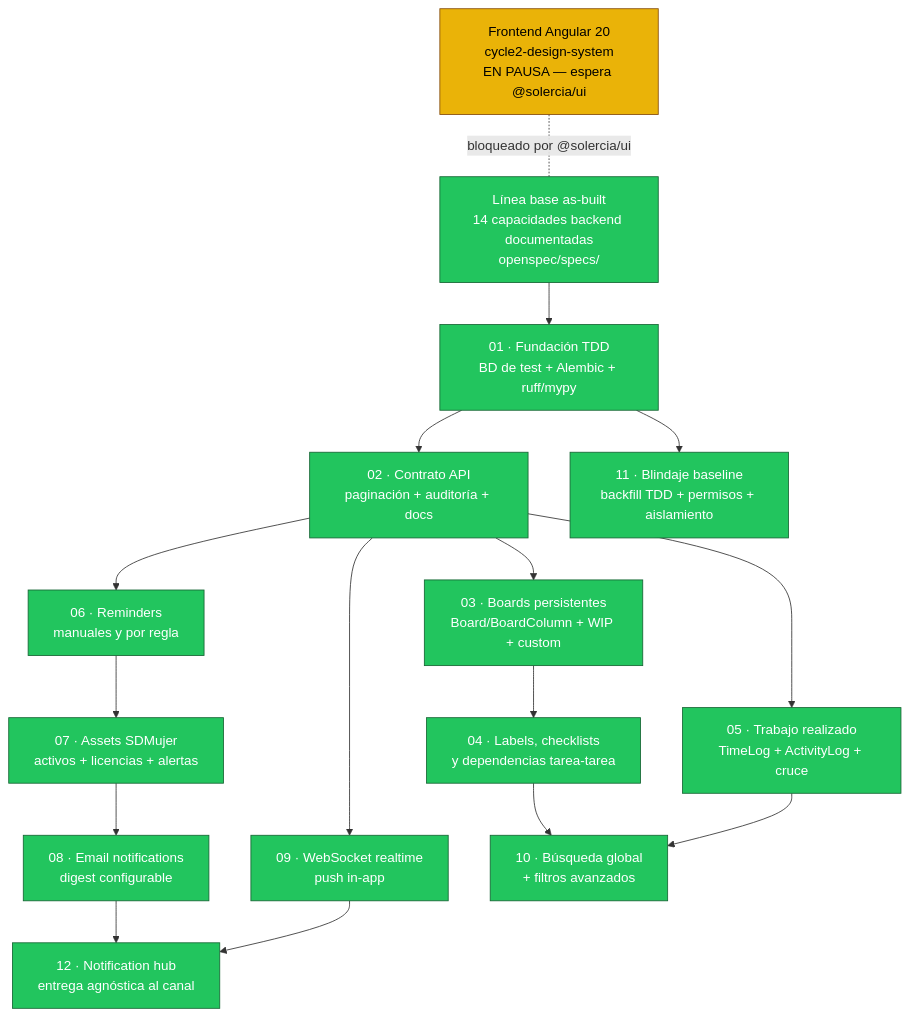
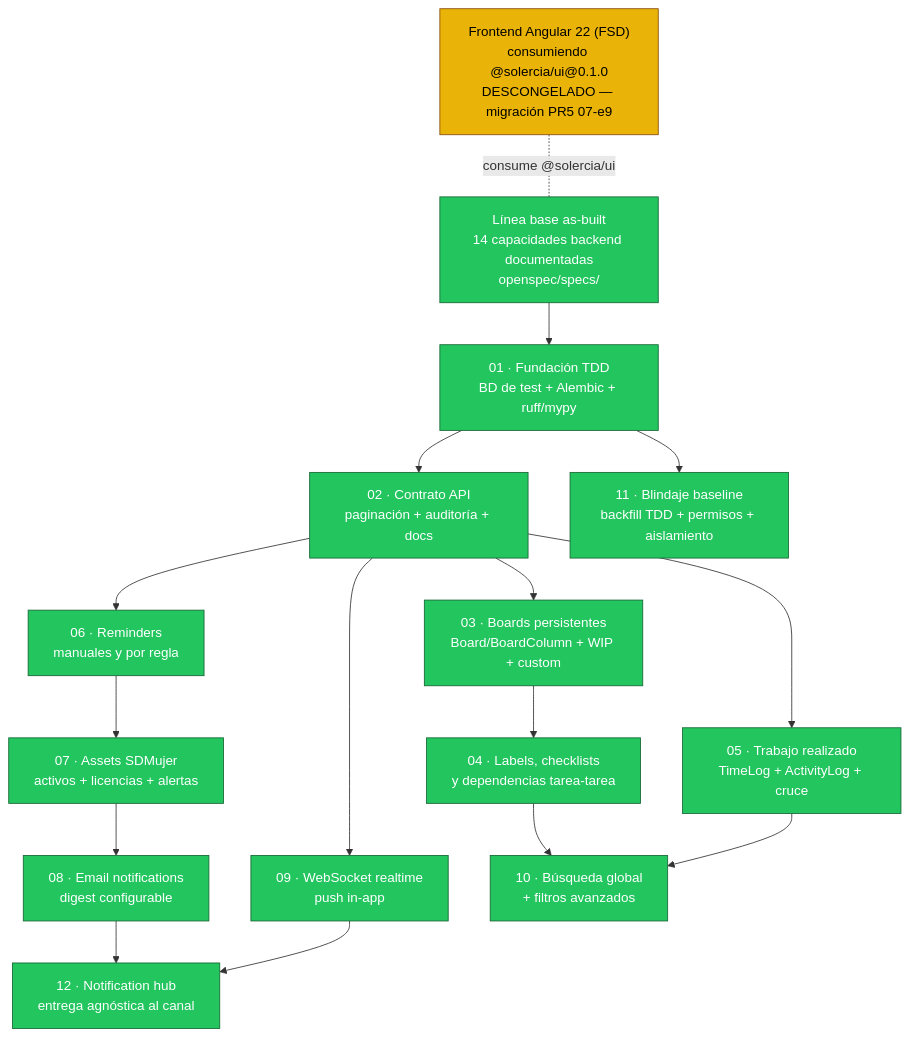
Before and after one commit to solercia-solutions/solercia-command: the diagram in openspec/AVANCE.md, drawn with Mermaid. The commit also changed other lines of this file and 3 other files, not shown here.

````diff
--- a/openspec/AVANCE.md
+++ b/openspec/AVANCE.md
@@ -9,52 +9,52 @@
 ```mermaid
 flowchart TD
     B0["Línea base as-built<br/>14 capacidades backend documentadas<br/>openspec/specs/"]
 
     C01["01 · Fundación TDD<br/>BD de test + Alembic + ruff/mypy"]
     C02["02 · Contrato API<br/>paginación + auditoría + docs"]
     C03["03 · Boards persistentes<br/>Board/BoardColumn + WIP + custom"]
     C04["04 · Labels, checklists<br/>y dependencias tarea-tarea"]
     C05["05 · Trabajo realizado<br/>TimeLog + ActivityLog + cruce"]
     C11["11 · Blindaje baseline<br/>backfill TDD + permisos + aislamiento"]
     C06["06 · Reminders<br/>manuales y por regla"]
     C07["07 · Assets SDMujer<br/>activos + licencias + alertas"]
     C08["08 · Email notifications<br/>digest configurable"]
     C09["09 · WebSocket realtime<br/>push in-app"]
     C10["10 · Búsqueda global<br/>+ filtros avanzados"]
     C12["12 · Notification hub<br/>entrega agnóstica al canal"]
 
-    FE["Frontend Angular 20<br/>cycle2-design-system<br/>EN PAUSA — espera @solercia/ui"]
+    FE["Frontend Angular 22 (FSD)<br/>consumiendo @solercia/ui@0.1.0<br/>DESCONGELADO — migración PR5 07-e9"]
 
     B0 --> C01
     C01 --> C02
     C01 --> C11
     C02 --> C03 --> C04
     C02 --> C05
     C02 --> C06 --> C07 --> C08
     C02 --> C09
     C04 --> C10
     C05 --> C10
     C08 --> C12
     C09 --> C12
 
-    FE -.bloqueado por @solercia/ui.- B0
+    FE -.consume @solercia/ui.- B0
 
     class B0 done
     class C01 done
     class C02 done
     class C03 done
     class C04 done
     class C05 done
     class C06 done
     class C07 done
     class C08 done
     class C09 done
     class C10 done
     class C11 done
     class C12 done
     class FE inprogress
 
     classDef done fill:#22c55e,stroke:#166534,color:#ffffff
     classDef inprogress fill:#eab308,stroke:#854d0e,color:#000000
     classDef pending fill:#9ca3af,stroke:#4b5563,color:#ffffff
 ```
````
